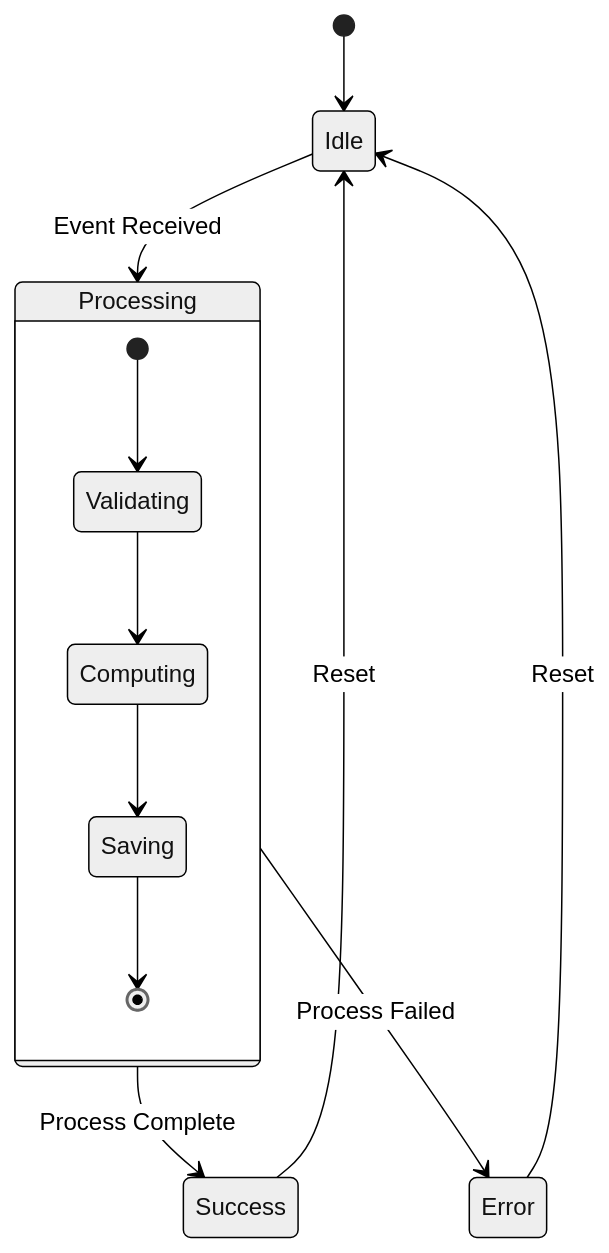
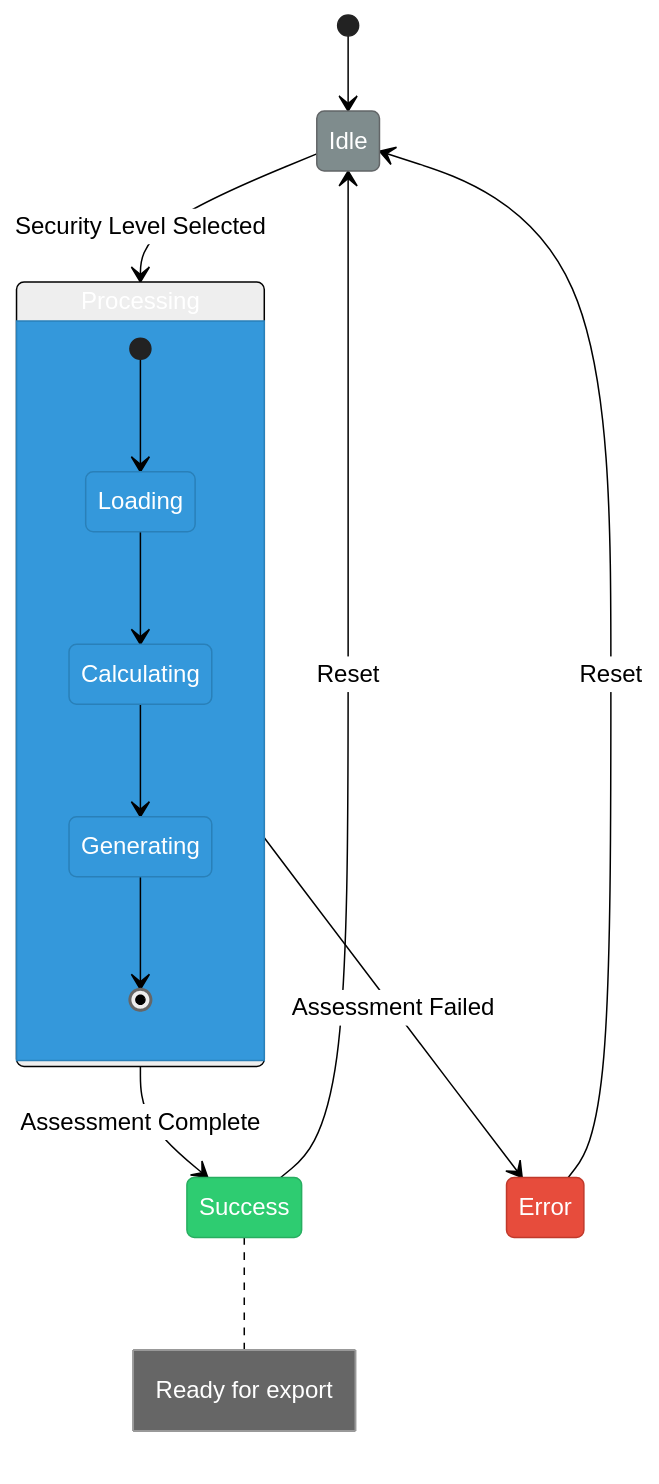
The fifth of 6 diagrams in docs/architecture/STYLE_GUIDE.md (Hack23/cia-compliance-manager), drawn with Mermaid (neutral theme) before and after one commit. The commit also changed other lines of this file and 1 other file, not shown here.

Commit message:
feat(docs): enhance contribution and style guidelines with updated color palettes and diagram styles

````diff
--- a/docs/architecture/STYLE_GUIDE.md
+++ b/docs/architecture/STYLE_GUIDE.md
@@ -156,17 +187,29 @@
 ```mermaid
 stateDiagram-v2
     [*] --> Idle
     
-    Idle --> Processing: Event Received
-    Processing --> Success: Process Complete
-    Processing --> Error: Process Failed
+    Idle --> Processing: Security Level Selected
+    Processing --> Success: Assessment Complete
+    Processing --> Error: Assessment Failed
     Success --> Idle: Reset
     Error --> Idle: Reset
     
     state Processing {
-        [*] --> Validating
-        Validating --> Computing
-        Computing --> Saving
-        Saving --> [*]
+        [*] --> Loading
+        Loading --> Calculating
+        Calculating --> Generating
+        Generating --> [*]
     }
+    
+    note right of Success : Ready for export
+    
+    classDef idle fill:#7f8c8d,stroke:#626567,color:white
+    classDef processing fill:#3498db,stroke:#2980b9,color:white
+    classDef success fill:#2ecc71,stroke:#27ae60,color:white
+    classDef error fill:#e74c3c,stroke:#c0392b,color:white
+    
+    class Idle idle
+    class Processing,Loading,Calculating,Generating processing
+    class Success success
+    class Error error
 ```
````
